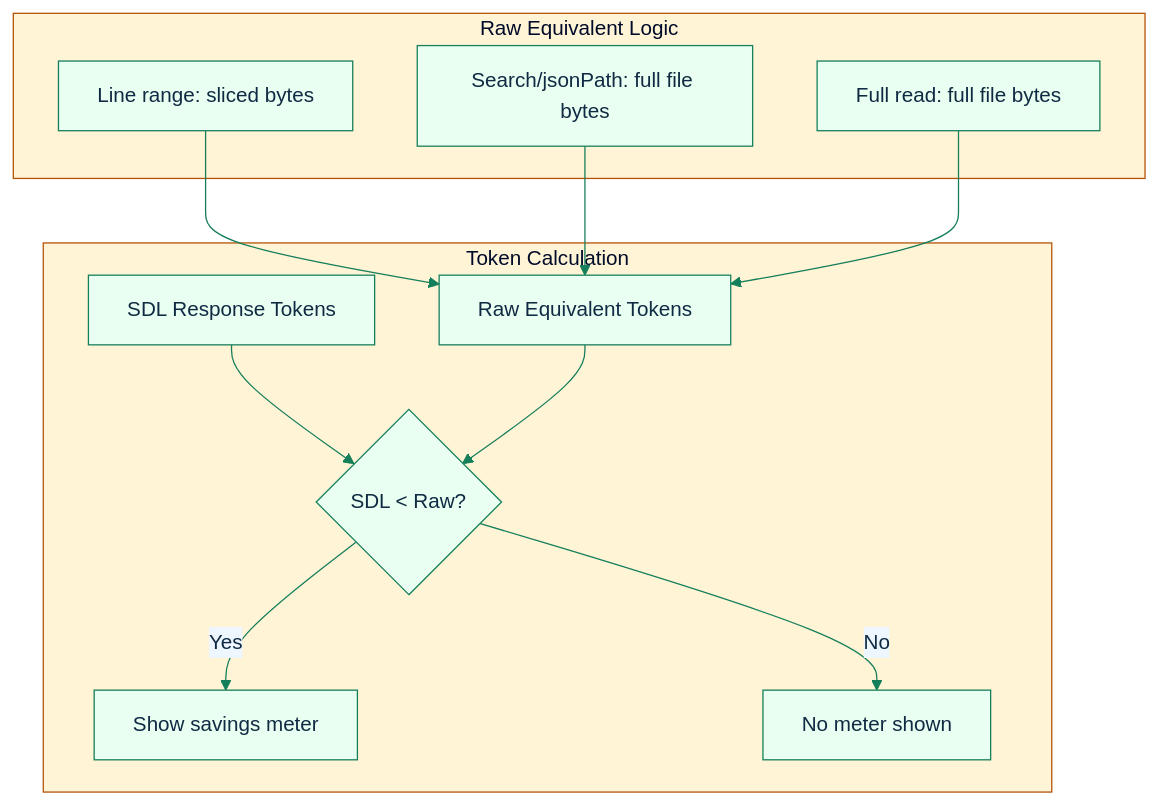
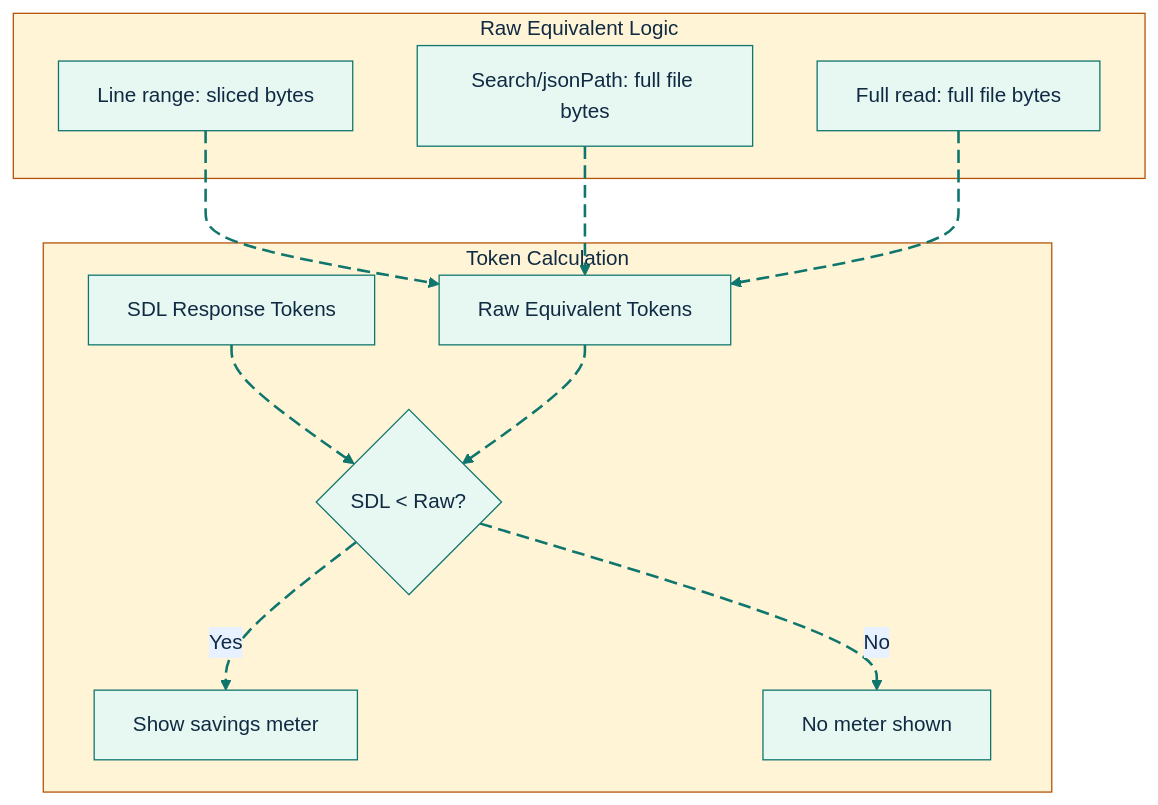
Before and after one commit to GlitterKill/sdl-mcp: the fifth of 5 diagrams in docs/file-read-tool.md, drawn with Mermaid. The commit also changed other lines of this file and 33 other files, not shown here.

First line of the commit message:
docs: update mermaid diagram themes and styling across documentation

````diff
--- a/docs/file-read-tool.md
+++ b/docs/file-read-tool.md
@@ -234,26 +270,35 @@
 ```mermaid
-%%{init: {"theme":"base","themeVariables":{"primaryColor":"#e8fff1","primaryBorderColor":"#157f5b","primaryTextColor":"#102a43","secondaryColor":"#eef6ff","secondaryBorderColor":"#2563eb","tertiaryColor":"#fff4d6","tertiaryBorderColor":"#b45309","lineColor":"#157f5b","fontFamily":"Trebuchet MS, Arial"},"flowchart":{"curve":"basis"}}}%%
+%%{init: {"theme":"base","themeVariables":{"background":"#ffffff","primaryColor":"#E7F8F2","primaryBorderColor":"#0F766E","primaryTextColor":"#102A43","secondaryColor":"#E8F1FF","secondaryBorderColor":"#2563EB","secondaryTextColor":"#102A43","tertiaryColor":"#FFF4D6","tertiaryBorderColor":"#B45309","tertiaryTextColor":"#102A43","lineColor":"#0F766E","textColor":"#102A43","fontFamily":"Inter, ui-sans-serif, system-ui, -apple-system, BlinkMacSystemFont, Segoe UI, sans-serif"},"flowchart":{"curve":"basis","htmlLabels":true}}}%%
 flowchart TD
     subgraph "Token Calculation"
         A[SDL Response Tokens]
         B[Raw Equivalent Tokens]
         C{SDL < Raw?}
         D[Show savings meter]
         E[No meter shown]
     end
 
     subgraph "Raw Equivalent Logic"
         F["Line range: sliced bytes"]
         G["Search/jsonPath: full file bytes"]
         H["Full read: full file bytes"]
     end
 
-    A --> C
-    B --> C
-    C -->|Yes| D
-    C -->|No| E
+    A e1@--> C
+    B e2@--> C
+    C e3@-->|Yes| D
+    C e4@-->|No| E
 
-    F --> B
-    G --> B
-    H --> B
+    F e5@--> B
+    G e6@--> B
+    H e7@--> B
+
+    classDef source fill:#E7F8F2,stroke:#0F766E,stroke-width:2px,color:#102A43;
+    classDef process fill:#E8F1FF,stroke:#2563EB,stroke-width:2px,color:#102A43;
+    classDef decision fill:#FFF4D6,stroke:#B45309,stroke-width:2px,color:#102A43;
+    classDef storage fill:#F2E8FF,stroke:#7C3AED,stroke-width:2px,color:#102A43;
+    classDef output fill:#FFE8EF,stroke:#BE123C,stroke-width:2px,color:#102A43;
+    classDef muted fill:#F8FAFC,stroke:#64748B,stroke-width:1px,color:#102A43;
+    classDef animate stroke:#0F766E,stroke-width:2px,stroke-dasharray:10\,5,stroke-dashoffset:900,animation:dash 22s linear infinite;
+    class e1,e2,e3,e4,e5,e6,e7 animate;
 ```
````
